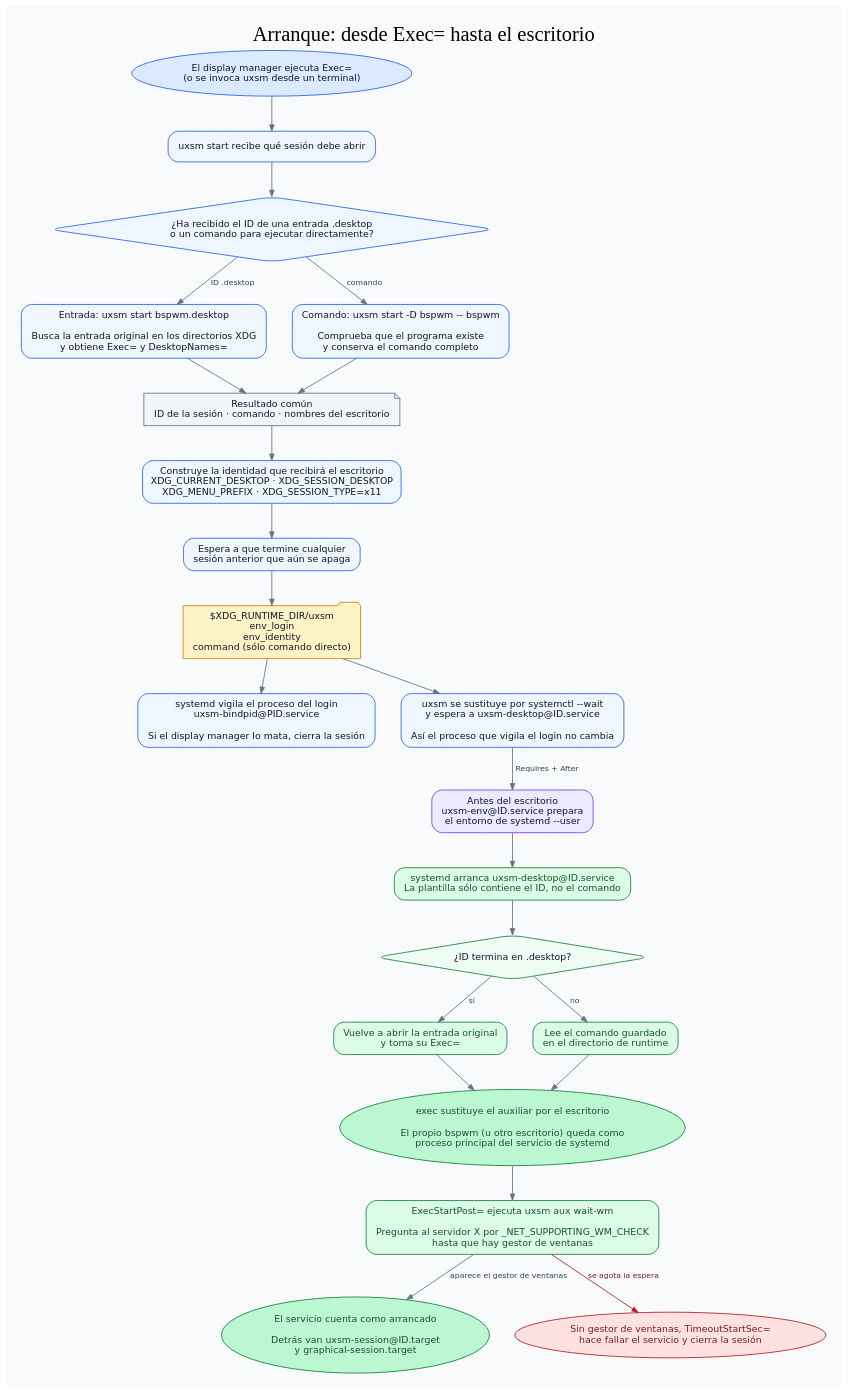
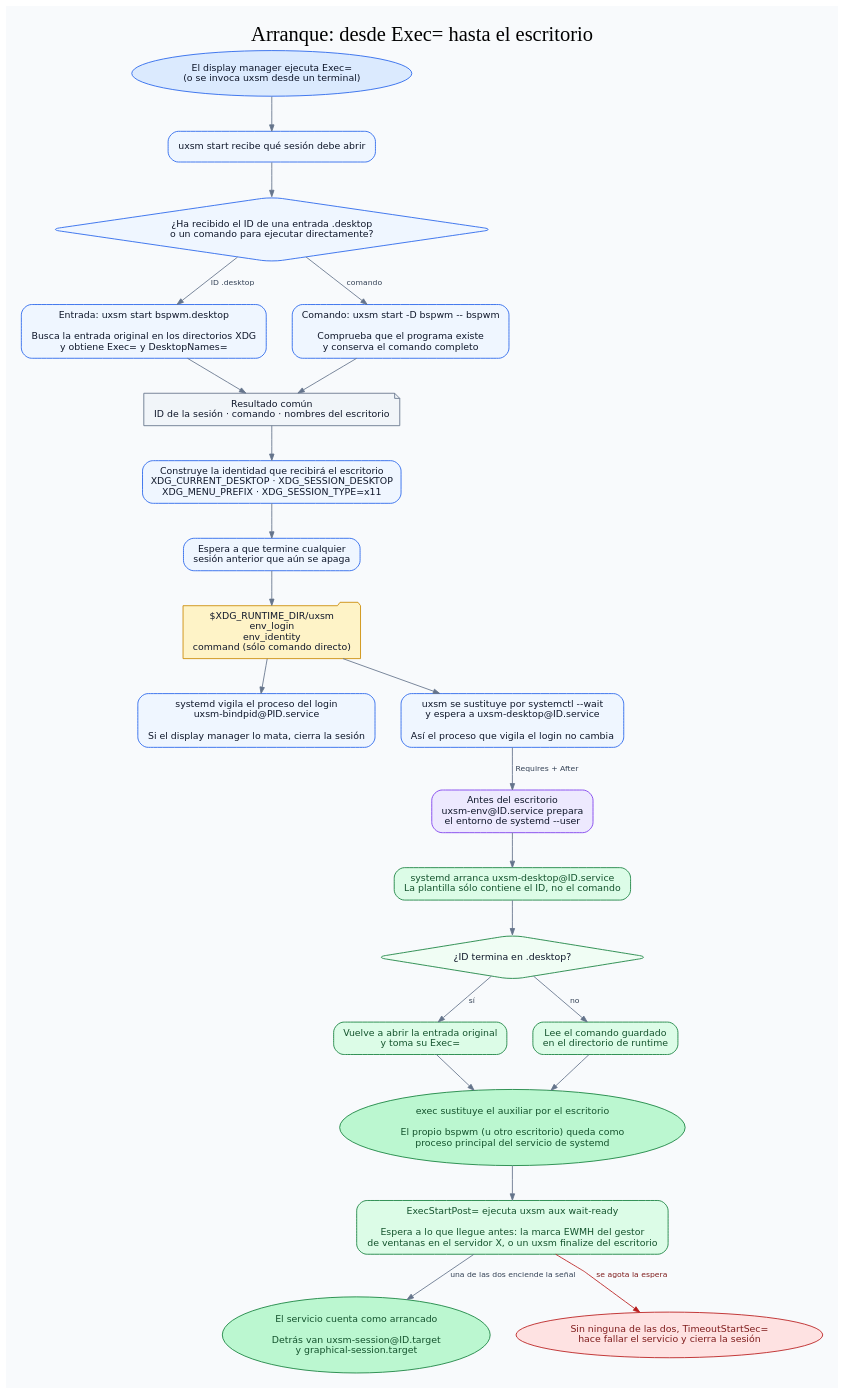
The diagram in docs/flows/session-start.dot (heizeisaburou/uxsm), drawn with Graphviz before and after one commit. The commit also changed 19 other files, not shown here.

First line of the commit message:
uxsm finalize: el escritorio también puede decir que la sesión está lista

```diff
--- a/docs/flows/session-start.dot
+++ b/docs/flows/session-start.dot
@@ -1,77 +1,77 @@
 digraph session_start {
   graph [
     label="Arranque: desde Exec= hasta el escritorio",
     labelloc=t,
     fontsize=24,
     fontname="DejaVu Sans Bold",
     bgcolor="#f8fafc",
     pad=0.25,
     nodesep=0.42,
     ranksep=0.55,
     splines=polyline
   ];
   node [shape=box, style="rounded,filled", fontname="DejaVu Sans", fontsize=11,
         color="#2563eb", fillcolor="#eff6ff", fontcolor="#0f172a", margin="0.15,0.10"];
   edge [fontname="DejaVu Sans", fontsize=9, color="#64748b", fontcolor="#334155", arrowsize=0.75];
 
   caller [shape=oval, fillcolor="#dbeafe",
           label="El display manager ejecuta Exec=\n(o se invoca uxsm desde un terminal)"];
   start [label="uxsm start recibe qué sesión debe abrir"];
   kind [shape=diamond, label="¿Ha recibido el ID de una entrada .desktop\no un comando para ejecutar directamente?"];
 
   entry [label="Entrada: uxsm start bspwm.desktop\n\nBusca la entrada original en los directorios XDG\ny obtiene Exec= y DesktopNames="];
   command [label="Comando: uxsm start -D bspwm -- bspwm\n\nComprueba que el programa existe\ny conserva el comando completo"];
   resolved [shape=note, color="#64748b", fillcolor="#f1f5f9",
             label="Resultado común\nID de la sesión · comando · nombres del escritorio"];
 
   identity [label="Construye la identidad que recibirá el escritorio\nXDG_CURRENT_DESKTOP · XDG_SESSION_DESKTOP\nXDG_MENU_PREFIX · XDG_SESSION_TYPE=x11"];
   wait [label="Espera a que termine cualquier\nsesión anterior que aún se apaga"];
   files [shape=folder, fillcolor="#fef3c7", color="#ca8a04",
          label="$XDG_RUNTIME_DIR/uxsm\nenv_login\nenv_identity\ncommand (sólo comando directo)"];
 
   bind [label="systemd vigila el proceso del login\nuxsm-bindpid@PID.service\n\nSi el display manager lo mata, cierra la sesión"];
   replace [label="uxsm se sustituye por systemctl --wait\ny espera a uxsm-desktop@ID.service\n\nAsí el proceso que vigila el login no cambia"];
 
   env [fillcolor="#ede9fe", color="#7c3aed",
        label="Antes del escritorio\nuxsm-env@ID.service prepara\nel entorno de systemd --user"];
   aux [fillcolor="#dcfce7", color="#15803d", fontcolor="#14532d",
        label="systemd arranca uxsm-desktop@ID.service\nLa plantilla sólo contiene el ID, no el comando"];
   source [shape=diamond, fillcolor="#f0fdf4", color="#15803d",
           label="¿ID termina en .desktop?"];
   reread [fillcolor="#dcfce7", color="#15803d", fontcolor="#14532d",
           label="Vuelve a abrir la entrada original\ny toma su Exec="];
   saved [fillcolor="#dcfce7", color="#15803d", fontcolor="#14532d",
          label="Lee el comando guardado\nen el directorio de runtime"];
   desktop [shape=oval, fillcolor="#bbf7d0", color="#15803d", fontcolor="#14532d",
            label="exec sustituye el auxiliar por el escritorio\n\nEl propio bspwm (u otro escritorio) queda como\nproceso principal del servicio de systemd"];
   waitwm [fillcolor="#dcfce7", color="#15803d", fontcolor="#14532d",
-          label="ExecStartPost= ejecuta uxsm aux wait-wm\n\nPregunta al servidor X por _NET_SUPPORTING_WM_CHECK\nhasta que hay gestor de ventanas"];
+          label="ExecStartPost= ejecuta uxsm aux wait-ready\n\nEspera a lo que llegue antes: la marca EWMH del gestor\nde ventanas en el servidor X, o un uxsm finalize del escritorio"];
   ready [shape=oval, fillcolor="#bbf7d0", color="#15803d", fontcolor="#14532d",
          label="El servicio cuenta como arrancado\n\nDetrás van uxsm-session@ID.target\ny graphical-session.target"];
   nowm [shape=oval, color="#b91c1c", fillcolor="#fee2e2", fontcolor="#7f1d1d",
-        label="Sin gestor de ventanas, TimeoutStartSec=\nhace fallar el servicio y cierra la sesión"];
+        label="Sin ninguna de las dos, TimeoutStartSec=\nhace fallar el servicio y cierra la sesión"];
 
   caller -> start -> kind;
   kind -> entry [label=" ID .desktop "];
   kind -> command [label=" comando "];
   entry -> resolved;
   command -> resolved;
   resolved -> identity -> wait -> files;
   files -> bind;
   files -> replace;
   replace -> env [label=" Requires + After "];
   env -> aux;
   aux -> source;
   source -> reread [label=" sí "];
   source -> saved [label=" no "];
   reread -> desktop;
   saved -> desktop;
   desktop -> waitwm;
-  waitwm -> ready [label=" aparece el gestor de ventanas "];
+  waitwm -> ready [label=" una de las dos enciende la señal "];
   waitwm -> nowm [label=" se agota la espera ", color="#b91c1c", fontcolor="#7f1d1d"];
 
   {rank=same; entry; command}
   {rank=same; bind; replace}
   {rank=same; reread; saved}
   {rank=same; ready; nowm}
 }
```
